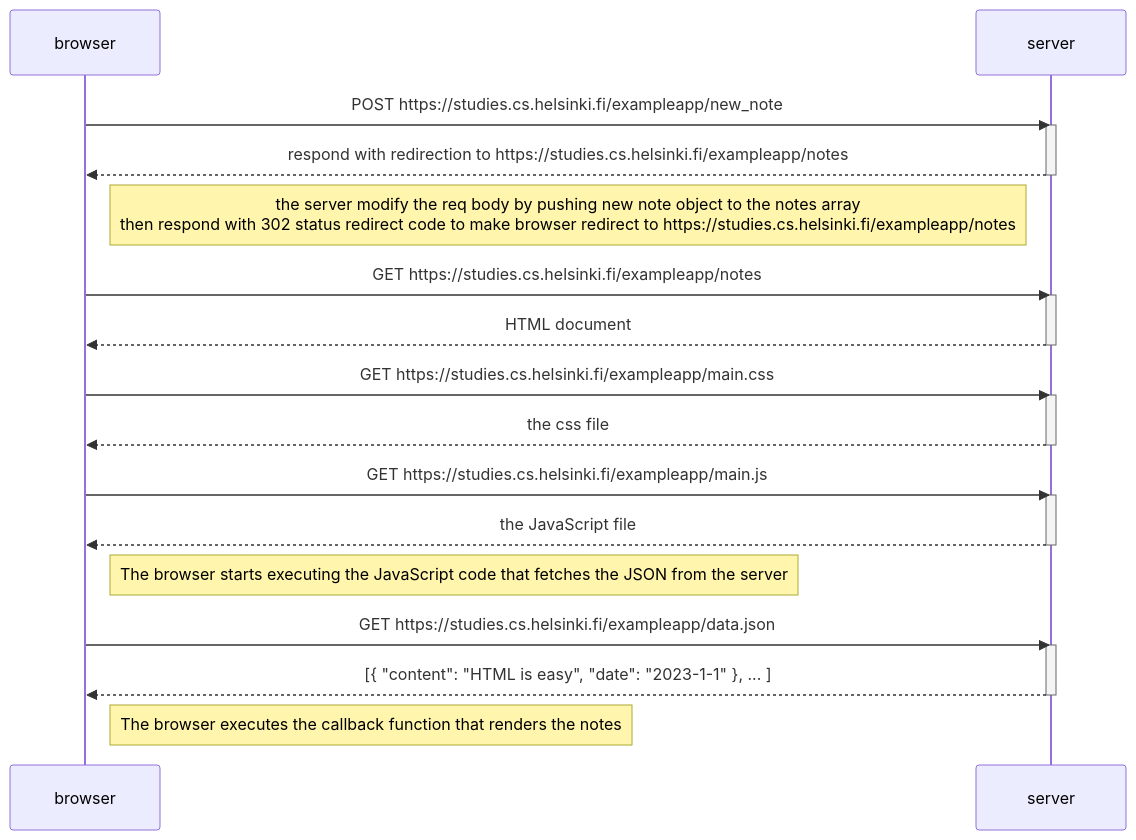
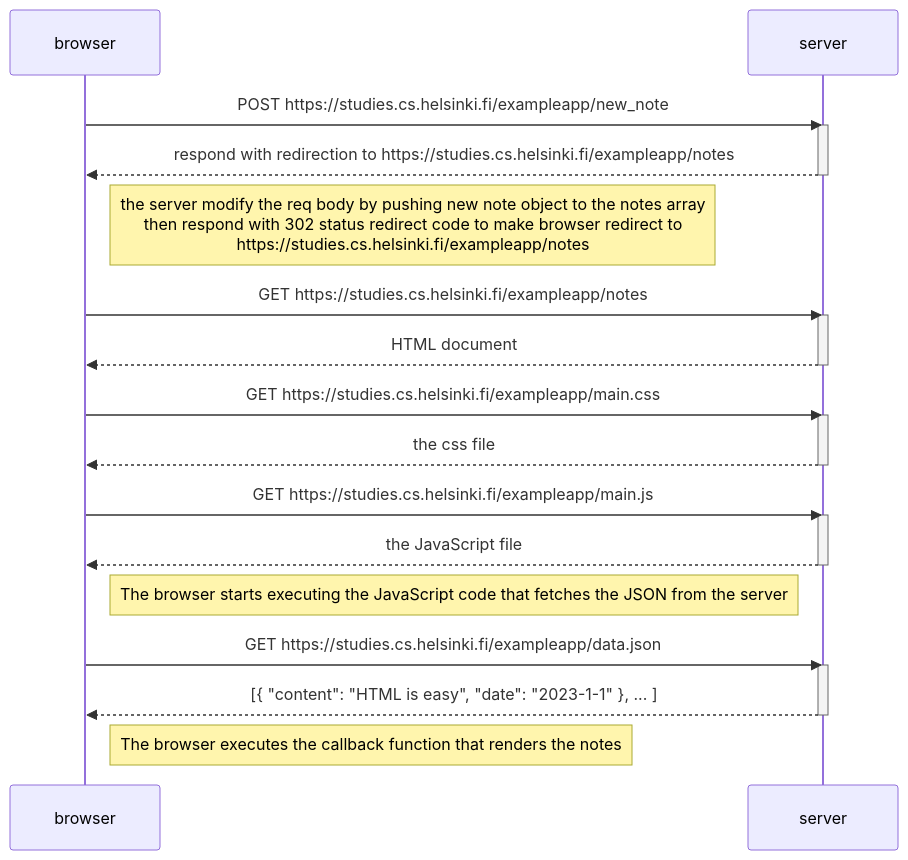
The first of 3 diagrams in part0/README.md (mohamed20163858/reviewReact), drawn with Mermaid before and after one commit. The commit also changed other lines of this file, not shown here.

Commit message:
Add line breaks

````diff
--- a/part0/README.md
+++ b/part0/README.md
@@ -5,38 +5,38 @@
 ```mermaid
 sequenceDiagram
 participant browser
 participant server
 
     browser->>server: POST https://studies.cs.helsinki.fi/exampleapp/new_note
     activate server
     server-->>browser: respond with redirection to https://studies.cs.helsinki.fi/exampleapp/notes
     deactivate server
 
-    Note right of browser: the server modify the req body by pushing new note object to the notes array <br/> then respond with 302 status redirect code to make browser redirect to https://studies.cs.helsinki.fi/exampleapp/notes
+    Note right of browser: the server modify the req body by pushing new note object to the notes array <br/> then respond with 302 status redirect code to make browser redirect to <br/> https://studies.cs.helsinki.fi/exampleapp/notes
 
     browser->>server: GET https://studies.cs.helsinki.fi/exampleapp/notes
     activate server
     server-->>browser: HTML document
     deactivate server
 
 
     browser->>server: GET https://studies.cs.helsinki.fi/exampleapp/main.css
     activate server
     server-->>browser: the css file
     deactivate server
 
     browser->>server: GET https://studies.cs.helsinki.fi/exampleapp/main.js
     activate server
     server-->>browser: the JavaScript file
     deactivate server
 
     Note right of browser: The browser starts executing the JavaScript code that fetches the JSON from the server
 
     browser->>server: GET https://studies.cs.helsinki.fi/exampleapp/data.json
     activate server
     server-->>browser: [{ "content": "HTML is easy", "date": "2023-1-1" }, ... ]
     deactivate server
 
     Note right of browser: The browser executes the callback function that renders the notes
 
 ```
````
